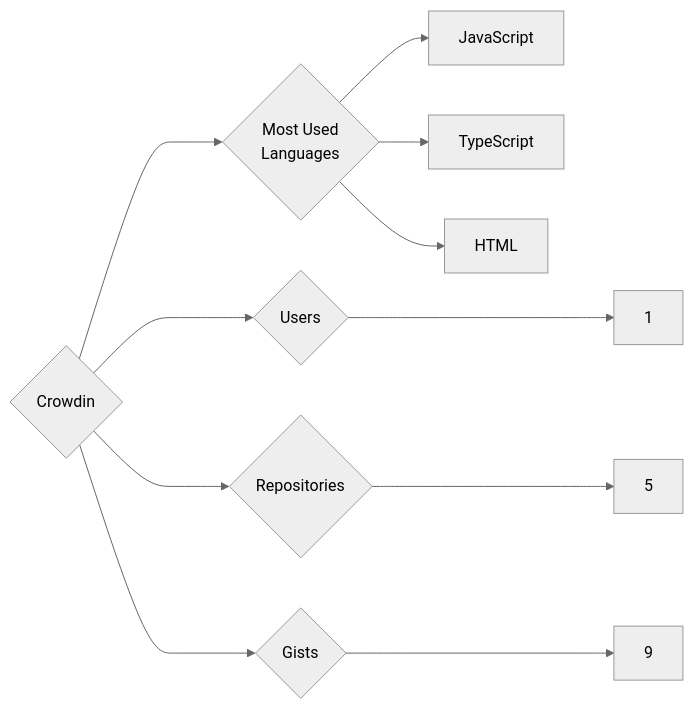
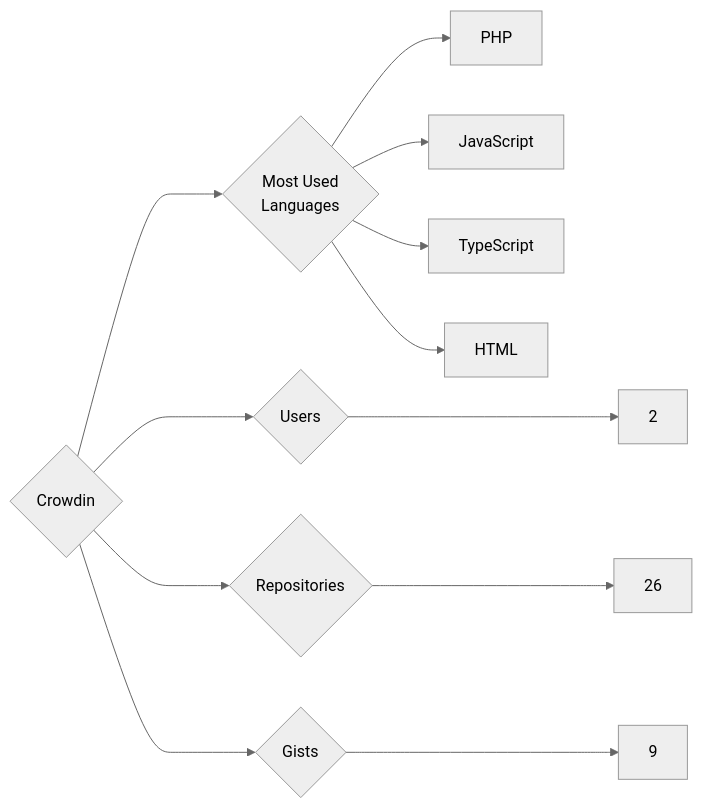
Before and after one commit to trickest/insiders: the diagram in targets/Crowdin/README.md, drawn with Mermaid (neutral theme). The commit also changed 718 other files, not shown here.

````diff
--- a/targets/Crowdin/README.md
+++ b/targets/Crowdin/README.md
@@ -3,11 +3,12 @@
 ```mermaid
 graph LR
 COMPANY_NAME{Crowdin}
-COMPANY_NAME ---> U{Users} ---> UN[1]
-COMPANY_NAME ---> R{Repositories} ---> RN[5]
+COMPANY_NAME ---> U{Users} ---> UN[2]
+COMPANY_NAME ---> R{Repositories} ---> RN[26]
 COMPANY_NAME ---> G{Gists} ---> GN[9]
 COMPANY_NAME ---> ML{Most Used<br>Languages}
+ML --> PHP[PHP]
 ML --> JavaScript[JavaScript]
 ML --> TypeScript[TypeScript]
 ML --> HTML[HTML]
 ```
````
